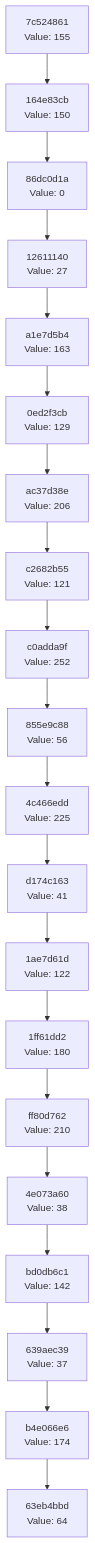
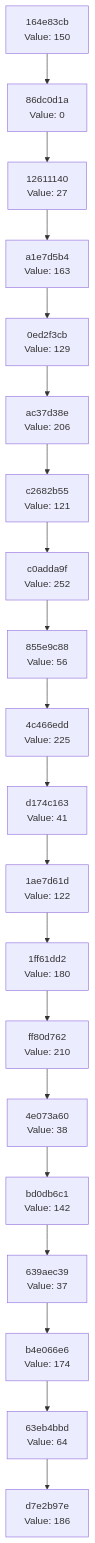
One commit to Abhisheksinha1506/hash-chain-evolver changed the diagram in docs/CHAIN_VISUALIZATION.md. Above: the diagram before and after it, drawn with Mermaid. The commit also changed 2 other files, not shown here.

Commit message:
Evolution Step

````diff
--- a/docs/CHAIN_VISUALIZATION.md
+++ b/docs/CHAIN_VISUALIZATION.md
@@ -3,42 +3,42 @@
 ```mermaid
 graph TD
-    C0["63eb4bbd<br/>Value: 64"]
-    C1["b4e066e6<br/>Value: 174"]
+    C0["d7e2b97e<br/>Value: 186"]
+    C1["63eb4bbd<br/>Value: 64"]
     C1 --> C0
-    C2["639aec39<br/>Value: 37"]
+    C2["b4e066e6<br/>Value: 174"]
     C2 --> C1
-    C3["bd0db6c1<br/>Value: 142"]
+    C3["639aec39<br/>Value: 37"]
     C3 --> C2
-    C4["4e073a60<br/>Value: 38"]
+    C4["bd0db6c1<br/>Value: 142"]
     C4 --> C3
-    C5["ff80d762<br/>Value: 210"]
+    C5["4e073a60<br/>Value: 38"]
     C5 --> C4
-    C6["1ff61dd2<br/>Value: 180"]
+    C6["ff80d762<br/>Value: 210"]
     C6 --> C5
-    C7["1ae7d61d<br/>Value: 122"]
+    C7["1ff61dd2<br/>Value: 180"]
     C7 --> C6
-    C8["d174c163<br/>Value: 41"]
+    C8["1ae7d61d<br/>Value: 122"]
     C8 --> C7
-    C9["4c466edd<br/>Value: 225"]
+    C9["d174c163<br/>Value: 41"]
     C9 --> C8
-    C10["855e9c88<br/>Value: 56"]
+    C10["4c466edd<br/>Value: 225"]
     C10 --> C9
-    C11["c0adda9f<br/>Value: 252"]
+    C11["855e9c88<br/>Value: 56"]
     C11 --> C10
-    C12["c2682b55<br/>Value: 121"]
+    C12["c0adda9f<br/>Value: 252"]
     C12 --> C11
-    C13["ac37d38e<br/>Value: 206"]
+    C13["c2682b55<br/>Value: 121"]
     C13 --> C12
-    C14["0ed2f3cb<br/>Value: 129"]
+    C14["ac37d38e<br/>Value: 206"]
     C14 --> C13
-    C15["a1e7d5b4<br/>Value: 163"]
+    C15["0ed2f3cb<br/>Value: 129"]
     C15 --> C14
-    C16["12611140<br/>Value: 27"]
+    C16["a1e7d5b4<br/>Value: 163"]
     C16 --> C15
-    C17["86dc0d1a<br/>Value: 0"]
+    C17["12611140<br/>Value: 27"]
     C17 --> C16
-    C18["164e83cb<br/>Value: 150"]
+    C18["86dc0d1a<br/>Value: 0"]
     C18 --> C17
-    C19["7c524861<br/>Value: 155"]
+    C19["164e83cb<br/>Value: 150"]
     C19 --> C18
 ```
````
